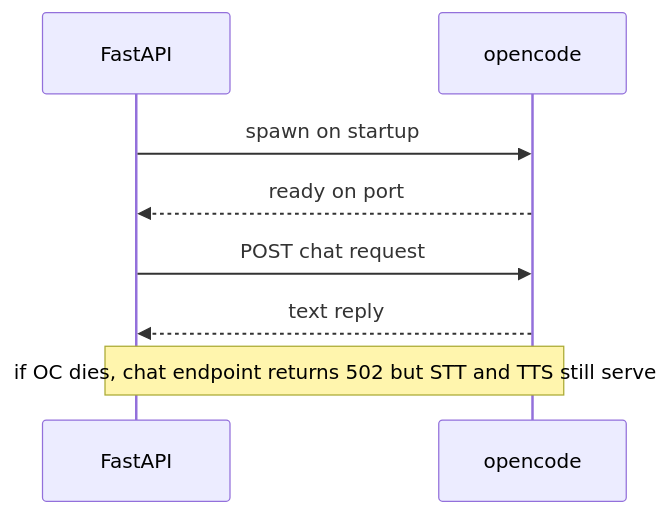
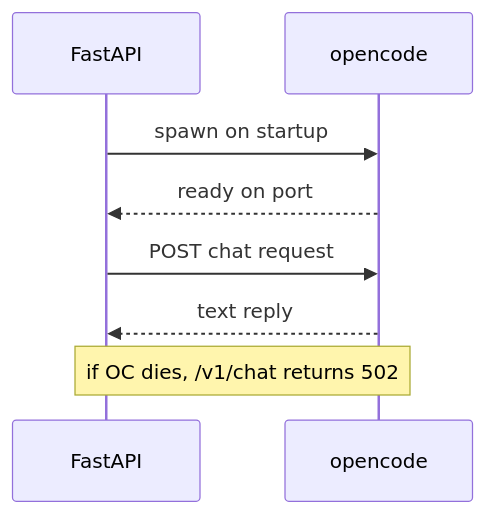
Before and after one commit to DavidVossebuerger/davidv.github.io: the second of 2 diagrams in content/projects/assistent-app/index.md, drawn with Mermaid.

Commit message:
assist-app: tighten Mermaid Note (drop redundant STT/TTS clause)

```diff
--- a/content/projects/assistent-app/index.md
+++ b/content/projects/assistent-app/index.md
@@ -59,10 +59,10 @@
 {{< mermaid >}}
 sequenceDiagram
     participant App as FastAPI
     participant OC as opencode
     App->>OC: spawn on startup
     OC-->>App: ready on port
     App->>OC: POST chat request
     OC-->>App: text reply
-    Note over App,OC: if OC dies, chat endpoint returns 502 but STT and TTS still serve
+    Note over App,OC: if OC dies, /v1/chat returns 502
 {{< /mermaid >}}
```
